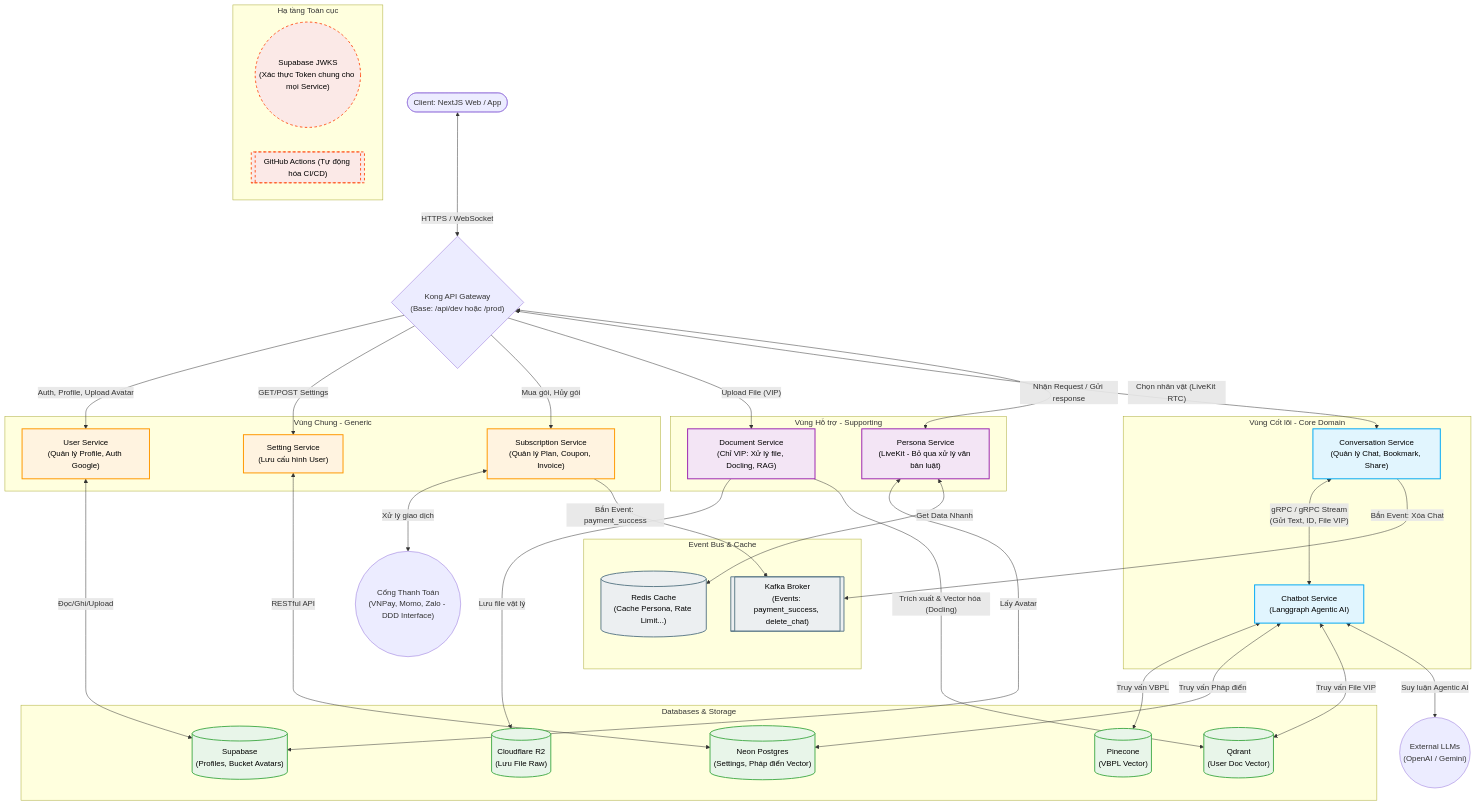
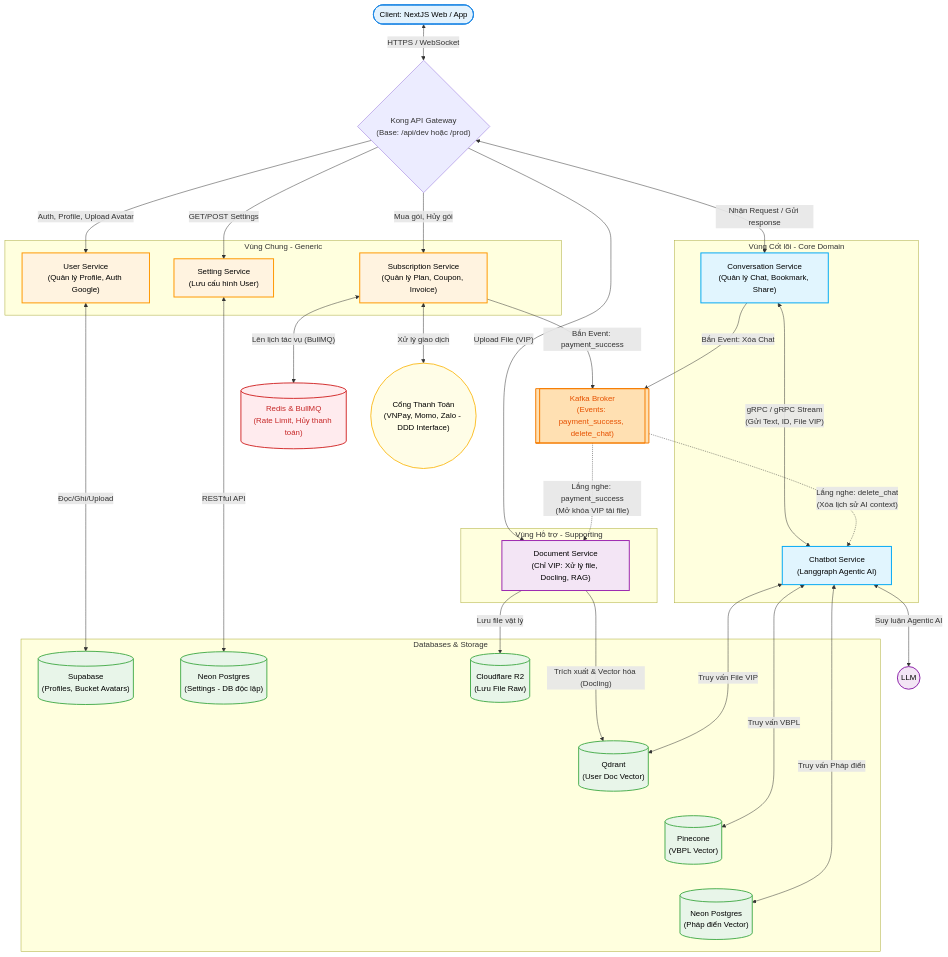
Before and after one commit to 20206205Tech/docs-markdown: the diagram in docs/3. Công nghệ sử dụng/x.mmd, drawn with Mermaid. The commit also changed 1 other file, not shown here.

```diff
--- a/docs/3. Công nghệ sử dụng/x.mmd
+++ b/docs/3. Công nghệ sử dụng/x.mmd
@@ -1,98 +1,101 @@
 flowchart TD
     %% Định nghĩa Client & Gateway
     Client(["Client: NextJS Web / App"])
     Gateway{"Kong API Gateway\n(Base: /api/dev hoặc /prod)"}
 
     Client <-->|"HTTPS / WebSocket"| Gateway
 
-    %% Nhóm Authentication & CI/CD
-    subgraph Global [Hạ tầng Toàn cục]
-        JWKS(("Supabase JWKS\n(Xác thực Token chung cho mọi Service)"))
-        CICD[["GitHub Actions (Tự động hóa CI/CD)"]]
-    end
 
     %% Nhóm Database & Storage
     subgraph Databases [Databases & Storage]
         SupabaseDB[("Supabase\n(Profiles, Bucket Avatars)")]
-        NeonDB[("Neon Postgres\n(Settings, Pháp điển Vector)")]
+        NeonDB_Setting[("Neon Postgres\n(Settings - DB độc lập)")]
         Pinecone[("Pinecone\n(VBPL Vector)")]
         Qdrant[("Qdrant\n(User Doc Vector)")]
+        NeonDB_Phapdien[("Neon Postgres\n(Pháp điển Vector)")]
         R2[("Cloudflare R2\n(Lưu File Raw)")]
+
+        %% Dùng liên kết vô hình để ép thứ tự từ trái sang phải
+        R2 ~~~ Qdrant ~~~ Pinecone ~~~ NeonDB_Phapdien
     end
 
+
+
     %% Nhóm Message Broker & Cache
-    subgraph Infra [Event Bus & Cache]
         Kafka[["Kafka Broker\n(Events: payment_success, delete_chat)"]]
-        Redis[("Redis Cache\n(Cache Persona, Rate Limit...)")]
-    end
+        Redis[("Redis & BullMQ\n(Rate Limit, Hủy thanh toán)")]
 
     %% Nhóm Core Services (Vùng Cốt lõi)
     subgraph CoreDomain [Vùng Cốt lõi - Core Domain]
         ConvService["Conversation Service\n(Quản lý Chat, Bookmark, Share)"]
         ChatbotService["Chatbot Service\n(Langgraph Agentic AI)"]
     end
 
     %% Nhóm Supporting Services (Vùng Hỗ trợ)
     subgraph SupportDomain [Vùng Hỗ trợ - Supporting]
         DocService["Document Service\n(Chỉ VIP: Xử lý file, Docling, RAG)"]
-        PersonaService["Persona Service\n(LiveKit - Bỏ qua xử lý văn bản luật)"]
     end
 
     %% Nhóm Generic Services (Vùng Chung)
     subgraph GenericDomain [Vùng Chung - Generic]
         UserService["User Service\n(Quản lý Profile, Auth Google)"]
         SettingService["Setting Service\n(Lưu cấu hình User)"]
         SubService["Subscription Service\n(Quản lý Plan, Coupon, Invoice)"]
     end
 
     %% External Systems
-    LLM(("External LLMs\n(OpenAI / Gemini)"))
+    LLM(("LLM"))
     Payment(("Cổng Thanh Toán\n(VNPay, Momo, Zalo - DDD Interface)"))
 
     %% --- ĐỊNH NGHĨA LUỒNG GIAO TIẾP ---
 
     %% Gateway to Services
     Gateway -->|"Auth, Profile, Upload Avatar"| UserService
     Gateway -->|"GET/POST Settings"| SettingService
     Gateway -->|"Mua gói, Hủy gói"| SubService
     Gateway -->|"Upload File (VIP)"| DocService
     Gateway <-->|"Nhận Request / Gửi response"| ConvService
-    Gateway <-->|"Chọn nhân vật (LiveKit RTC)"| PersonaService
 
     %% Service to Database/Storage
     UserService <-->|"Đọc/Ghi/Upload"| SupabaseDB
-    SettingService <-->|"RESTful API"| NeonDB
-    PersonaService <-->|"Lấy Avatar"| SupabaseDB
-    PersonaService <-->|"Get Data Nhanh"| Redis
+    SettingService <-->|"RESTful API"| NeonDB_Setting
 
     %% Payment Luồng
     SubService <-->|"Xử lý giao dịch"| Payment
     SubService -->|"Bắn Event: payment_success"| Kafka
+    SubService <-->|"Lên lịch tác vụ (BullMQ)"| Redis
 
     %% Document Processing Luồng
     DocService -->|"Lưu file vật lý"| R2
     DocService -->|"Trích xuất & Vector hóa (Docling)"| Qdrant
 
     %% Conversation & Chatbot Luồng (Quan trọng)
     ConvService <-->|"gRPC / gRPC Stream\n(Gửi Text, ID, File VIP)"| ChatbotService
     ConvService -->|"Bắn Event: Xóa Chat"| Kafka
 
     ChatbotService <-->|"Truy vấn VBPL"| Pinecone
-    ChatbotService <-->|"Truy vấn Pháp điển"| NeonDB
+    ChatbotService <-->|"Truy vấn Pháp điển"| NeonDB_Phapdien
     ChatbotService <-->|"Truy vấn File VIP"| Qdrant
     ChatbotService <-->|"Suy luận Agentic AI"| LLM
 
-    %% Style Định dạng màu sắc
+    %% --- LUỒNG CONSUMER NHẬN EVENT TỪ KAFKA ---
+    Kafka -.->|"Lắng nghe: payment_success\n(Mở khóa VIP tải file)"| DocService
+    Kafka -.->|"Lắng nghe: delete_chat\n(Xóa lịch sử AI context)"| ChatbotService
+
+    %% Style Định dạng màu sắc chung
     classDef core fill:#e1f5fe,stroke:#03a9f4,stroke-width:2px,color:#000
     classDef support fill:#f3e5f5,stroke:#9c27b0,stroke-width:2px,color:#000
     classDef generic fill:#fff3e0,stroke:#ff9800,stroke-width:2px,color:#000
-    classDef infra fill:#eceff1,stroke:#607d8b,stroke-width:2px,color:#000
     classDef db fill:#e8f5e9,stroke:#4caf50,stroke-width:2px,color:#000
-    classDef globalDef fill:#fbe9e7,stroke:#ff5722,stroke-width:2px,stroke-dasharray: 5 5,color:#000
 
     class ConvService,ChatbotService core
-    class DocService,PersonaService support
+    class DocService support
     class UserService,SettingService,SubService generic
-    class Redis,Kafka infra
-    class SupabaseDB,NeonDB,Pinecone,Qdrant,R2 db
-    class JWKS,CICD globalDef
+    class SupabaseDB,NeonDB_Setting,NeonDB_Phapdien,Pinecone,Qdrant,R2 db
+
+    %% --- TÔ MÀU ĐỘC LẬP THEO YÊU CẦU ---
+    style Redis fill:#ffebee,stroke:#d32f2f,stroke-width:2px,color:#c62828
+    style Kafka fill:#ffe0b2,stroke:#f57c00,stroke-width:2px,color:#e65100
+    style Payment fill:#fffde7,stroke:#fbc02d,stroke-width:2px,color:#000
+    style Client fill:#e3f2fd,stroke:#1e88e5,stroke-width:2px,color:#000
+    style LLM fill:#f3e5f5,stroke:#8e24aa,stroke-width:2px,color:#000
```
